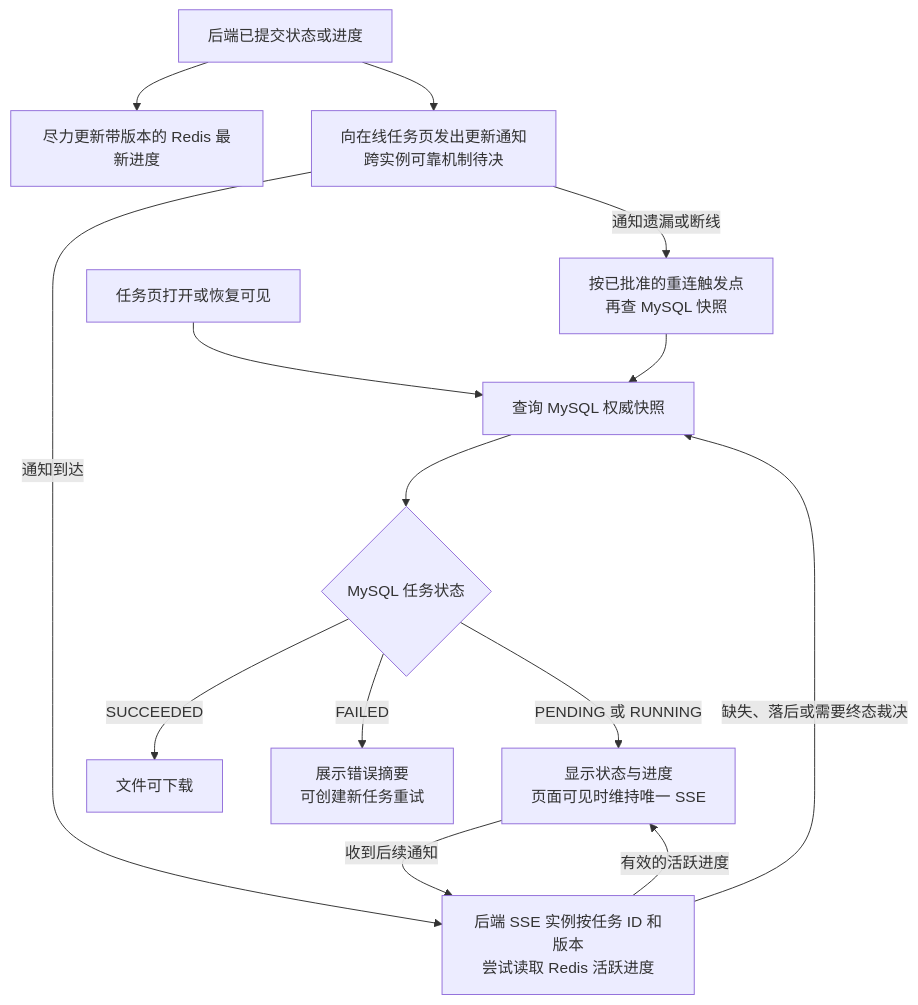
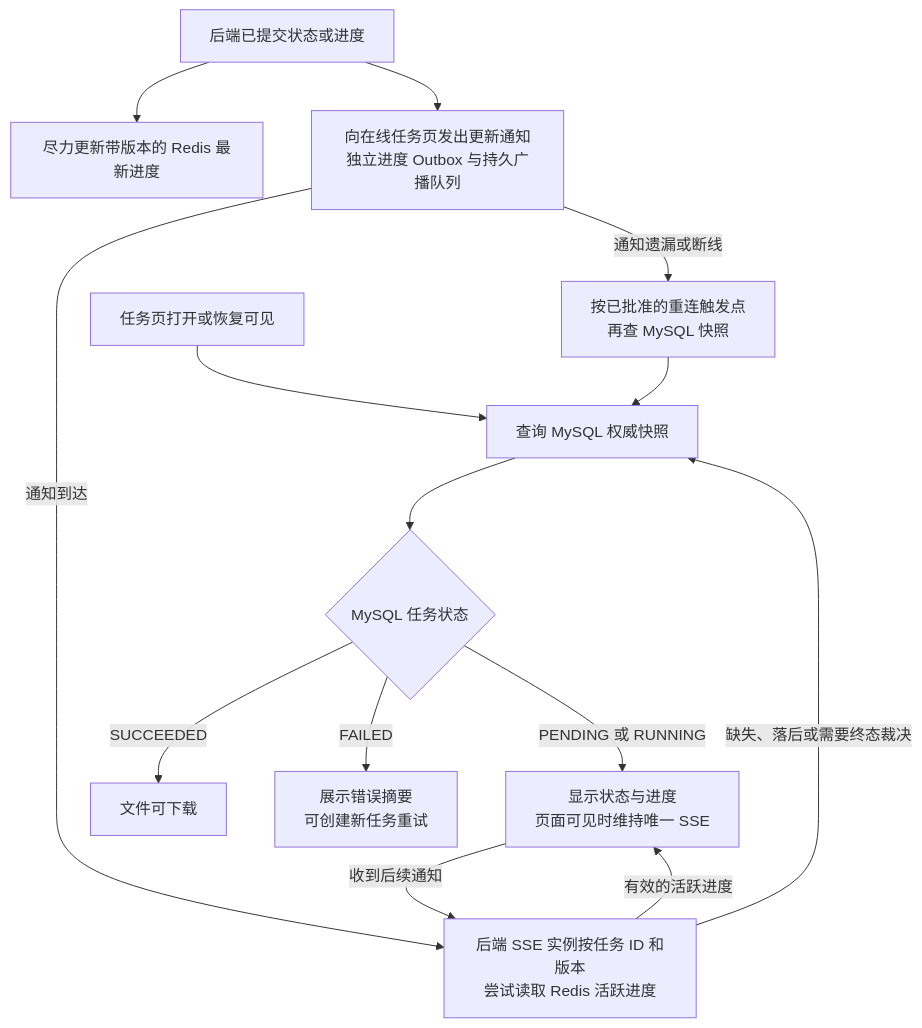
Before and after one commit to yxyxy666/export-flow: the fifth of 6 diagrams in DATA-FLOW.md, drawn with Mermaid. The commit also changed other lines of this file and 31 other files, not shown here.

````diff
--- a/DATA-FLOW.md
+++ b/DATA-FLOW.md
@@ -178,16 +182,16 @@
 ```mermaid
 flowchart TD
   A[任务页打开或恢复可见] --> SNAP[查询 MySQL 权威快照]
   B[后端已提交状态或进度] --> CACHE[尽力更新带版本的 Redis 最新进度]
-  B --> NOTICE[向在线任务页发出更新通知<br/>跨实例可靠机制待决]
+  B --> NOTICE[向在线任务页发出更新通知<br/>独立进度 Outbox 与持久广播队列]
   NOTICE -->|通知到达| READ[后端 SSE 实例按任务 ID 和版本<br/>尝试读取 Redis 活跃进度]
   READ -->|有效的活跃进度| ACTIVE[显示状态与进度<br/>页面可见时维持唯一 SSE]
   READ -->|缺失、落后或需要终态裁决| SNAP
   NOTICE -->|通知遗漏或断线| REC[按已批准的重连触发点<br/>再查 MySQL 快照]
   REC --> SNAP
   SNAP --> STATE{MySQL 任务状态}
   STATE -->|PENDING 或 RUNNING| ACTIVE
   ACTIVE -->|收到后续通知| READ
   STATE -->|SUCCEEDED| DONE[文件可下载]
   STATE -->|FAILED| FAIL[展示错误摘要<br/>可创建新任务重试]
 ```
````
